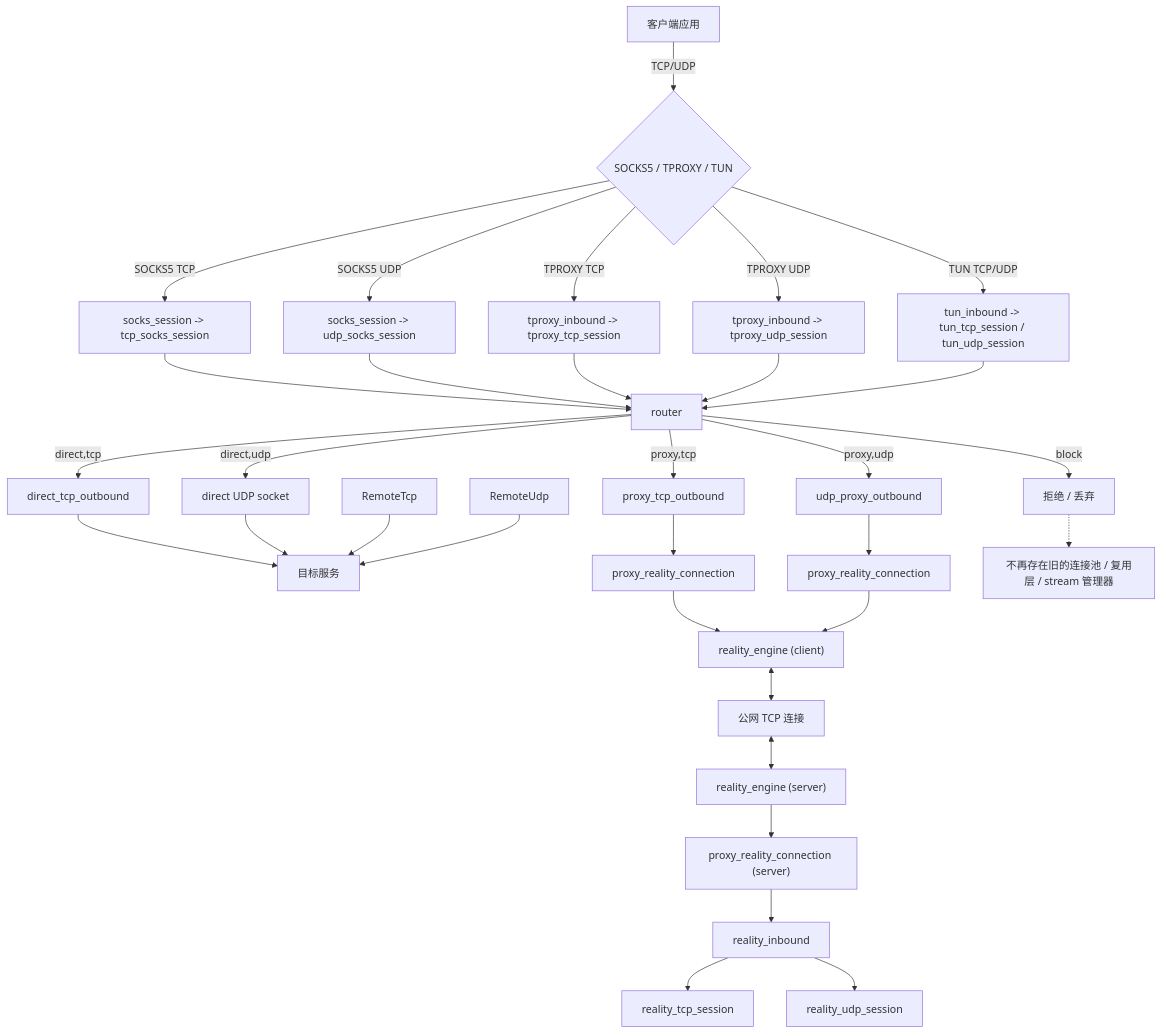
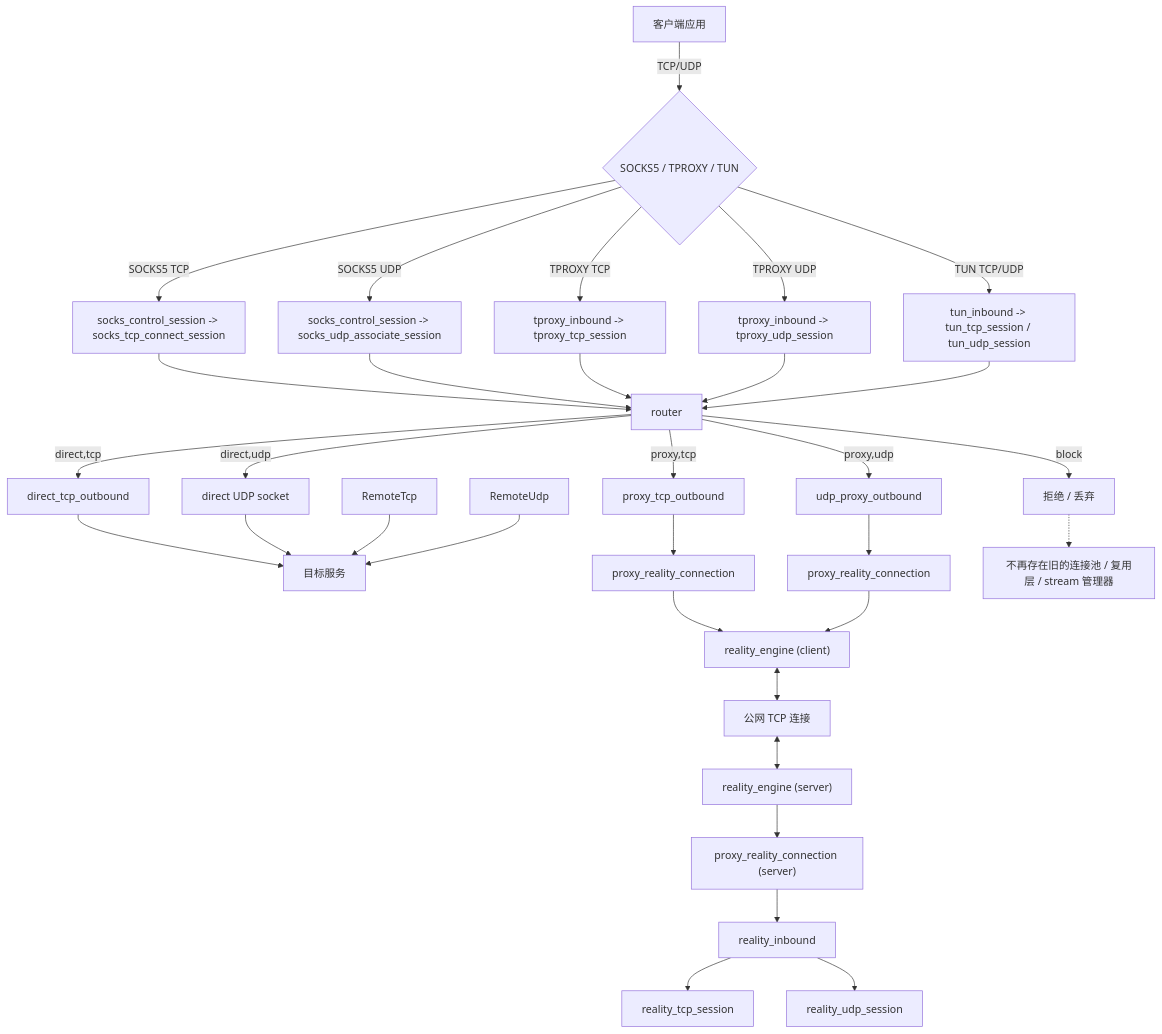
Before and after one commit to gyl30/socks: the first of 5 diagrams in doc/flow.md, drawn with Mermaid. The commit also changed 10 other files, not shown here.

````diff
--- a/doc/flow.md
+++ b/doc/flow.md
@@ -13,40 +13,40 @@
 ```mermaid
 flowchart TD
   App[客户端应用] -->|TCP/UDP| Inbound{SOCKS5 / TPROXY / TUN}
 
-  Inbound -->|SOCKS5 TCP| SocksTcp["socks_session -> tcp_socks_session"]
-  Inbound -->|SOCKS5 UDP| SocksUdp["socks_session -> udp_socks_session"]
+  Inbound -->|SOCKS5 TCP| SocksTcp["socks_control_session -> socks_tcp_connect_session"]
+  Inbound -->|SOCKS5 UDP| SocksUdp["socks_control_session -> socks_udp_associate_session"]
   Inbound -->|TPROXY TCP| TproxyTcp["tproxy_inbound -> tproxy_tcp_session"]
   Inbound -->|TPROXY UDP| TproxyUdp["tproxy_inbound -> tproxy_udp_session"]
   Inbound -->|TUN TCP/UDP| TunInbound["tun_inbound -> tun_tcp_session / tun_udp_session"]
 
   SocksTcp --> Router[router]
   SocksUdp --> Router
   TproxyTcp --> Router
   TproxyUdp --> Router
   TunInbound --> Router
 
   Router -->|direct,tcp| DirectTcp[direct_tcp_outbound]
   Router -->|direct,udp| DirectUdp[direct UDP socket]
   Router -->|proxy,tcp| ProxyTcp[proxy_tcp_outbound]
   Router -->|proxy,udp| ProxyUdp[udp_proxy_outbound]
   Router -->|block| Block[拒绝 / 丢弃]
 
   DirectTcp --> Target[目标服务]
   DirectUdp --> Target
 
   ProxyTcp --> ClientConnTcp[proxy_reality_connection]
   ProxyUdp --> ClientConnUdp[proxy_reality_connection]
   ClientConnTcp --> ClientReality["reality_engine (client)"]
   ClientConnUdp --> ClientReality
   ClientReality <--> Network[公网 TCP 连接]
   Network <--> ServerReality["reality_engine (server)"]
   ServerReality --> ServerConn["proxy_reality_connection (server)"]
   ServerConn --> RealityInbound[reality_inbound]
   RealityInbound --> RealityTcp[reality_tcp_session]
   RealityInbound --> RealityUdp[reality_udp_session]
   RemoteTcp --> Target
   RemoteUdp --> Target
 
   Block -.-> Note1["不再存在旧的连接池 / 复用层 / stream 管理器"]
 ```
````
